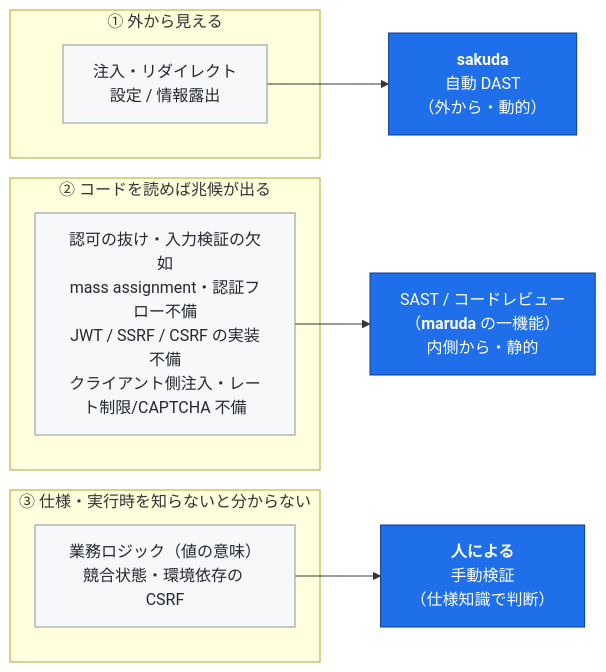
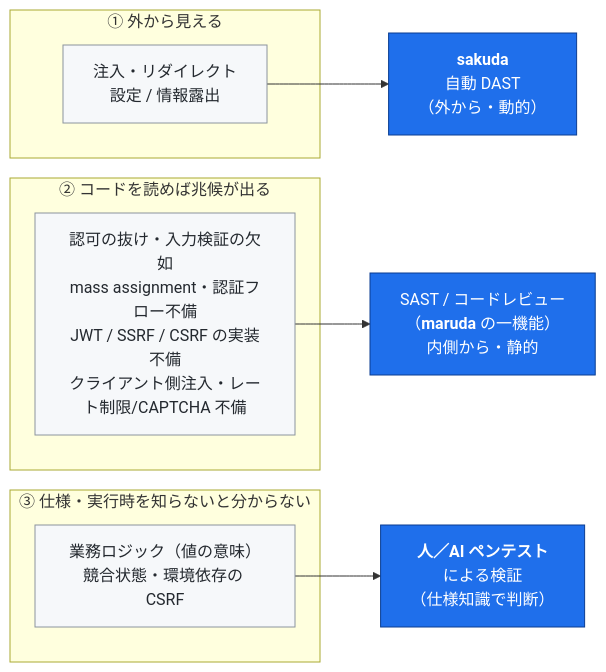
Before and after one commit to northraystudio/sakuda: the diagram in docs/coverage-and-limits.ja.md, drawn with Mermaid. The commit also changed other lines of this file and 1 other file, not shown here.

````diff
--- a/docs/coverage-and-limits.ja.md
+++ b/docs/coverage-and-limits.ja.md
@@ -99,20 +108,20 @@
 ```mermaid
 flowchart LR
     subgraph N1["① 外から見える"]
         a["注入・リダイレクト<br/>設定 / 情報露出"]
     end
     subgraph N2["② コードを読めば兆候が出る"]
         b["認可の抜け・入力検証の欠如<br/>mass assignment・認証フロー不備<br/>JWT / SSRF / CSRF の実装不備<br/>クライアント側注入・レート制限/CAPTCHA 不備"]
     end
     subgraph N3["③ 仕様・実行時を知らないと分からない"]
         c["業務ロジック（値の意味）<br/>競合状態・環境依存の CSRF"]
     end
     a --> S["<b>sakuda</b><br/>自動 DAST<br/>（外から・動的）"]
     b --> M["SAST / コードレビュー<br/>（<b>maruda</b> の一機能）<br/>内側から・静的"]
-    c --> H["<b>人による</b><br/>手動検証<br/>（仕様知識で判断）"]
+    c --> H["<b>人／AI ペンテスト</b><br/>による検証<br/>（仕様知識で判断）"]
 
     classDef tool fill:#1f6feb,stroke:#0b3d91,color:#fff;
     classDef kind fill:#f6f8fa,stroke:#8b949e,color:#24292f;
     class S,M,H tool;
     class a,b,c kind;
 ```
````
